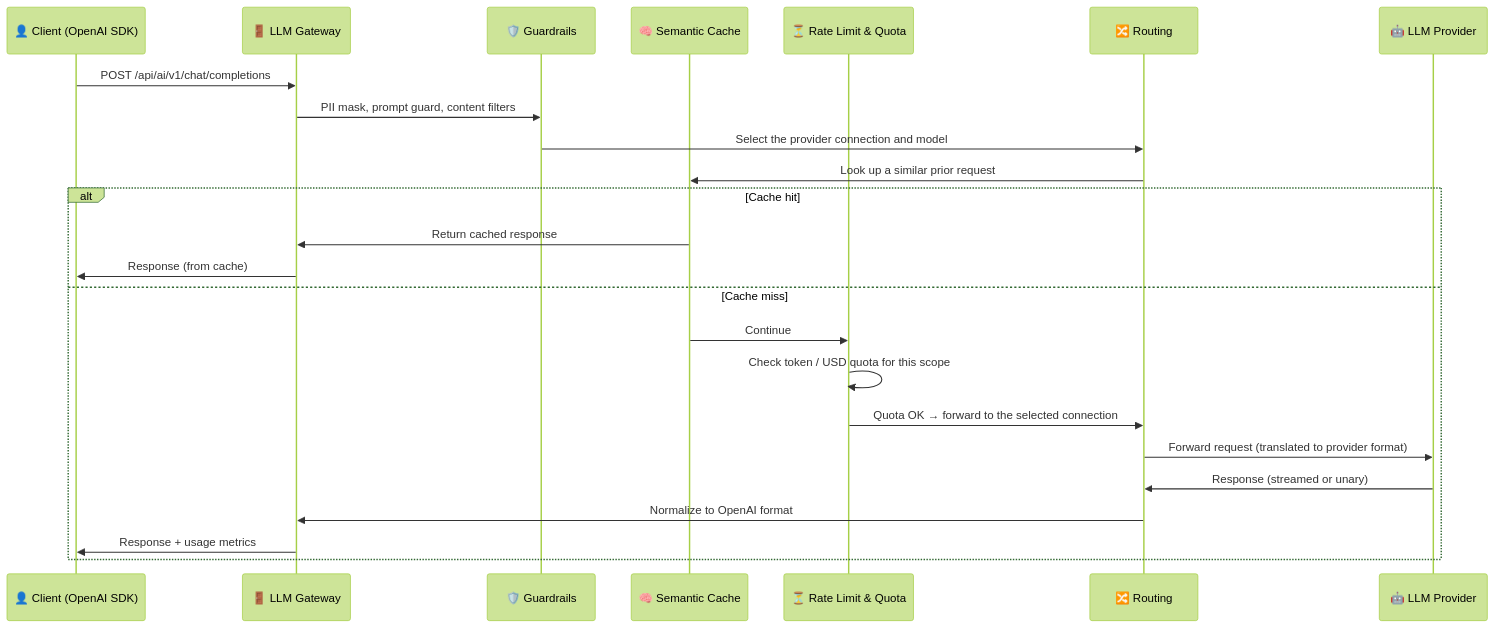
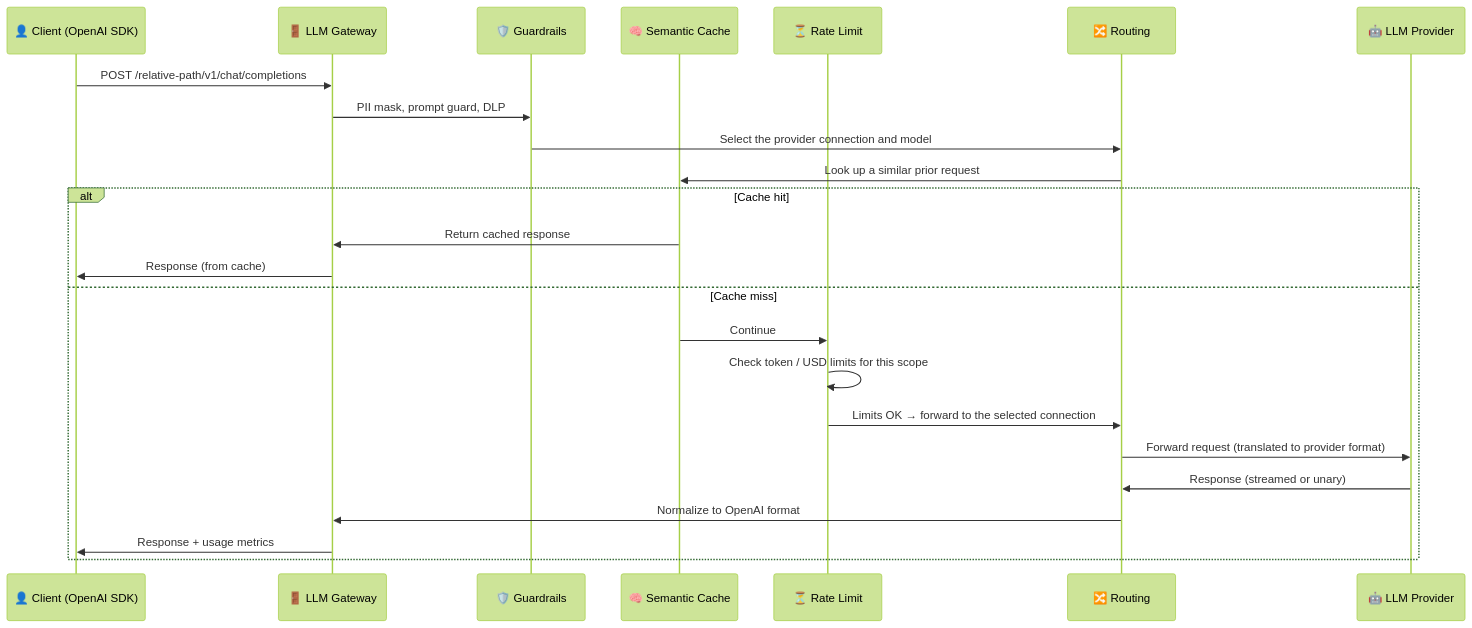
Before and after one commit to apinizer/docs: the diagram in en/ai-gateway/overview.mdx, drawn with Mermaid (forest theme). The commit also changed other lines of this file and 354 other files, not shown here.

````diff
--- a/en/ai-gateway/overview.mdx
+++ b/en/ai-gateway/overview.mdx
@@ -55,28 +55,28 @@
 ```mermaid
 sequenceDiagram
     participant Client as 👤 Client (OpenAI SDK)
     participant Gateway as 🚪 LLM Gateway
     participant Guardrails as 🛡️ Guardrails
     participant Cache as 🧠 Semantic Cache
-    participant Quota as ⏳ Rate Limit & Quota
+    participant Quota as ⏳ Rate Limit
     participant Router as 🔀 Routing
     participant Provider as 🤖 LLM Provider
 
-    Client->>Gateway: POST /api/ai/v1/chat/completions
-    Gateway->>Guardrails: PII mask, prompt guard, content filters
+    Client->>Gateway: POST /relative-path/v1/chat/completions
+    Gateway->>Guardrails: PII mask, prompt guard, DLP
     Guardrails->>Router: Select the provider connection and model
     Router->>Cache: Look up a similar prior request
 
     alt Cache hit
         Cache->>Gateway: Return cached response
         Gateway->>Client: Response (from cache)
     else Cache miss
         Cache->>Quota: Continue
-        Quota->>Quota: Check token / USD quota for this scope
-        Quota->>Router: Quota OK → forward to the selected connection
+        Quota->>Quota: Check token / USD limits for this scope
+        Quota->>Router: Limits OK → forward to the selected connection
         Router->>Provider: Forward request (translated to provider format)
         Provider->>Router: Response (streamed or unary)
         Router->>Gateway: Normalize to OpenAI format
         Gateway->>Client: Response + usage metrics
     end
 ```
````
